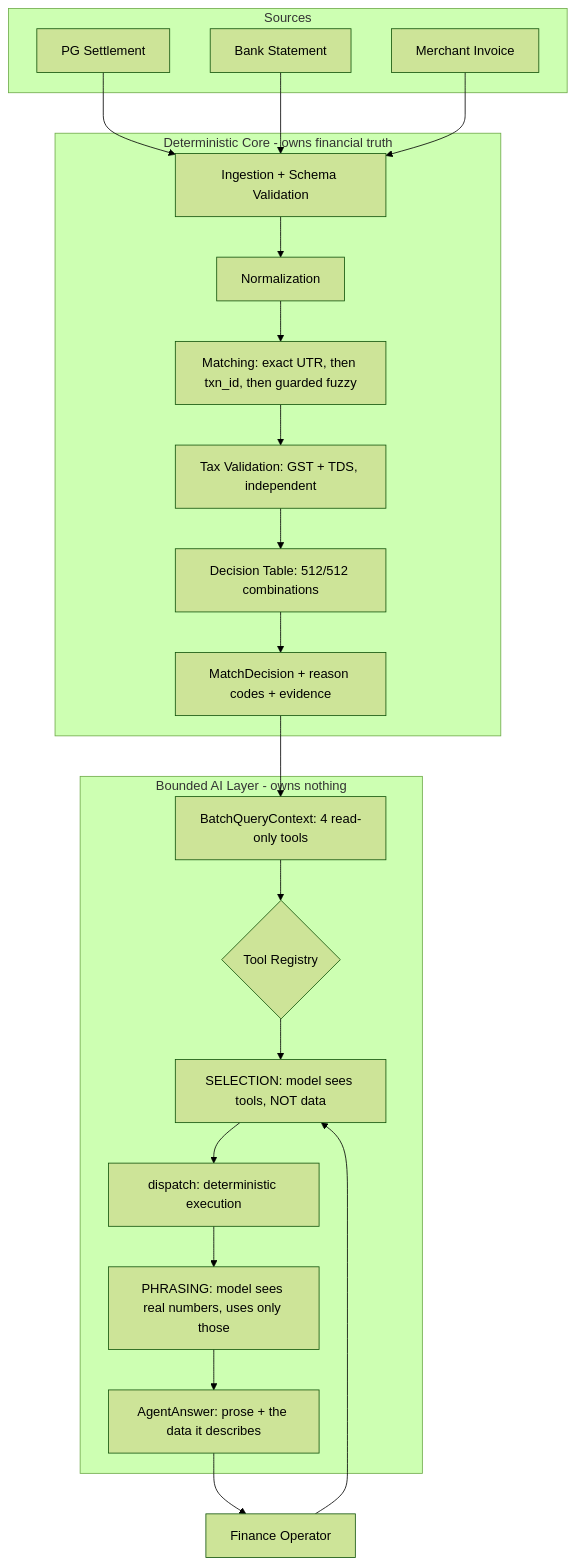
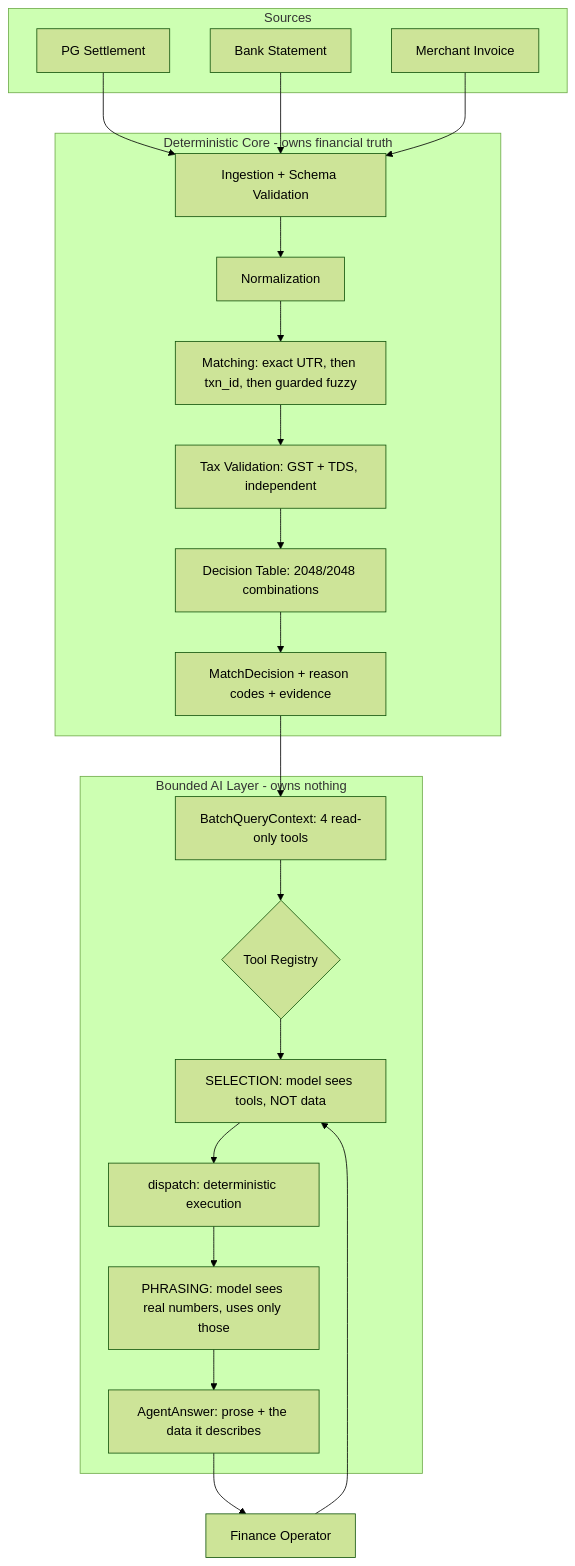
The diagram in README.md (SuryaSK-dev/razorpay-ai-finance-controller), drawn with Mermaid (forest theme) before and after one commit. The commit also changed other lines of this file and 3 other files, not shown here.

Commit message:
docs: coverage figure described a 2^9 sweep; sweep the full 2^11 space

````diff
--- a/README.md
+++ b/README.md
@@ -38,31 +38,31 @@
 ```mermaid
 graph TB
     subgraph Sources
         A1[PG Settlement]
         A2[Bank Statement]
         A3[Merchant Invoice]
     end
 
     subgraph Deterministic["Deterministic Core - owns financial truth"]
         B1[Ingestion + Schema Validation] --> B2[Normalization]
         B2 --> B3[Matching: exact UTR, then txn_id, then guarded fuzzy]
         B3 --> B4[Tax Validation: GST + TDS, independent]
-        B4 --> B5[Decision Table: 512/512 combinations]
+        B4 --> B5[Decision Table: 2048/2048 combinations]
         B5 --> B6[MatchDecision + reason codes + evidence]
     end
 
     subgraph Agent["Bounded AI Layer - owns nothing"]
         C1[BatchQueryContext: 4 read-only tools] --> C2{Tool Registry}
         C2 --> C3[SELECTION: model sees tools, NOT data]
         C3 --> C4[dispatch: deterministic execution]
         C4 --> C5[PHRASING: model sees real numbers, uses only those]
         C5 --> C6[AgentAnswer: prose + the data it describes]
     end
 
     A1 --> B1
     A2 --> B1
     A3 --> B1
     B6 --> C1
     D1[Finance Operator] --> C3
     C6 --> D1
 ```
````
